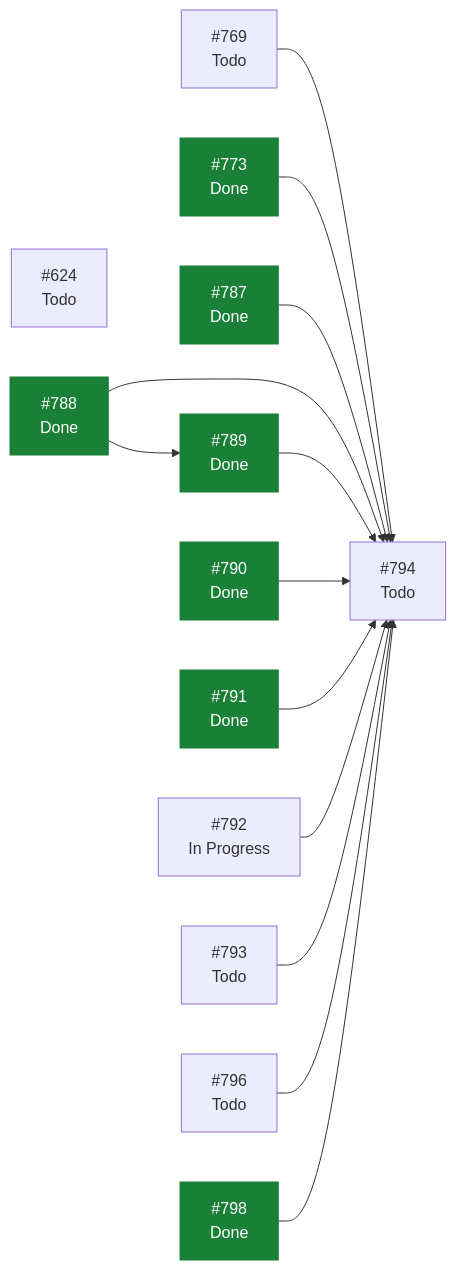
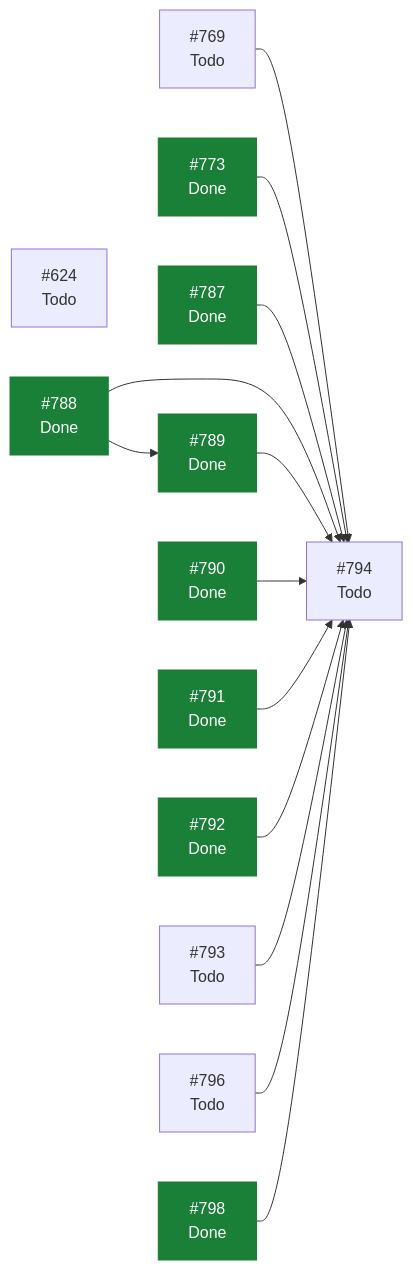
The diagram in docs/planning/STATUS.md (ecamp0s/evault), drawn with Mermaid before and after one commit. The commit also changed other lines of this file, not shown here.

````diff
--- a/docs/planning/STATUS.md
+++ b/docs/planning/STATUS.md
@@ -93,30 +92,30 @@
 ```mermaid
 graph LR
   I624["#624<br/>Todo"]
   I769["#769<br/>Todo"]
   I773["#773<br/>Done"]
   I787["#787<br/>Done"]
   I788["#788<br/>Done"]
   I789["#789<br/>Done"]
   I790["#790<br/>Done"]
   I791["#791<br/>Done"]
-  I792["#792<br/>In Progress"]
+  I792["#792<br/>Done"]
   I793["#793<br/>Todo"]
   I794["#794<br/>Todo"]
   I796["#796<br/>Todo"]
   I798["#798<br/>Done"]
   I769 --> I794
   I773 --> I794
   I787 --> I794
   I788 --> I789
   I788 --> I794
   I789 --> I794
   I790 --> I794
   I791 --> I794
   I792 --> I794
   I793 --> I794
   I796 --> I794
   I798 --> I794
   classDef hecho fill:#1a7f37,stroke:#1a7f37,color:#fff;
-  class I773,I787,I788,I789,I790,I791,I798 hecho;
+  class I773,I787,I788,I789,I790,I791,I792,I798 hecho;
 ```
````
